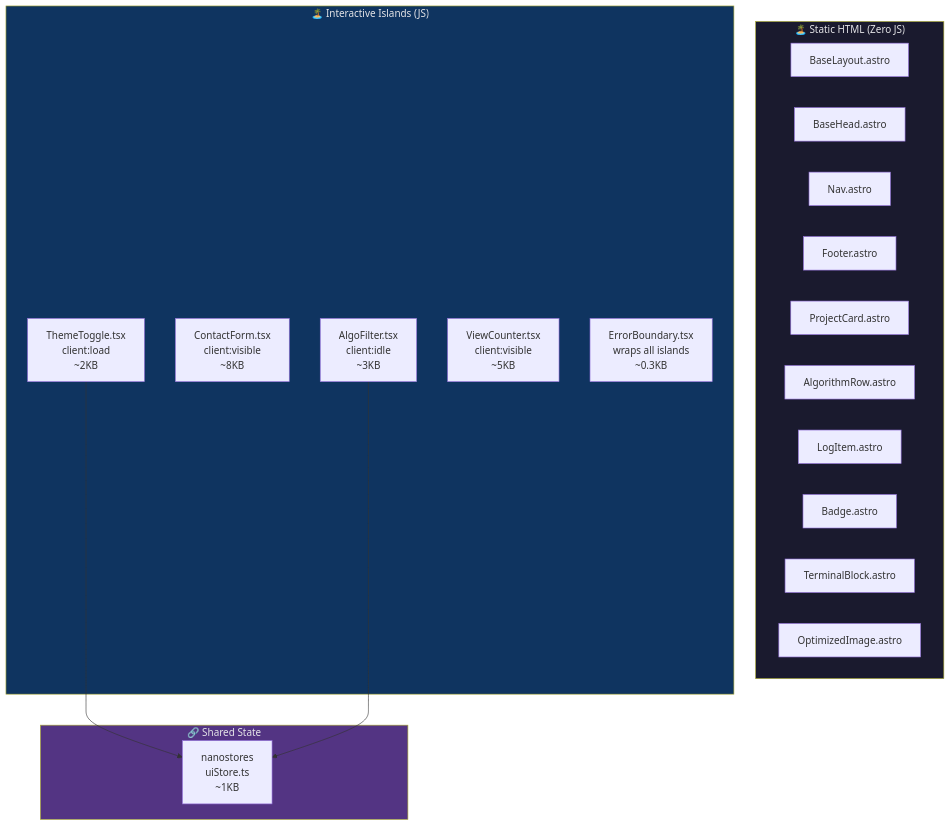
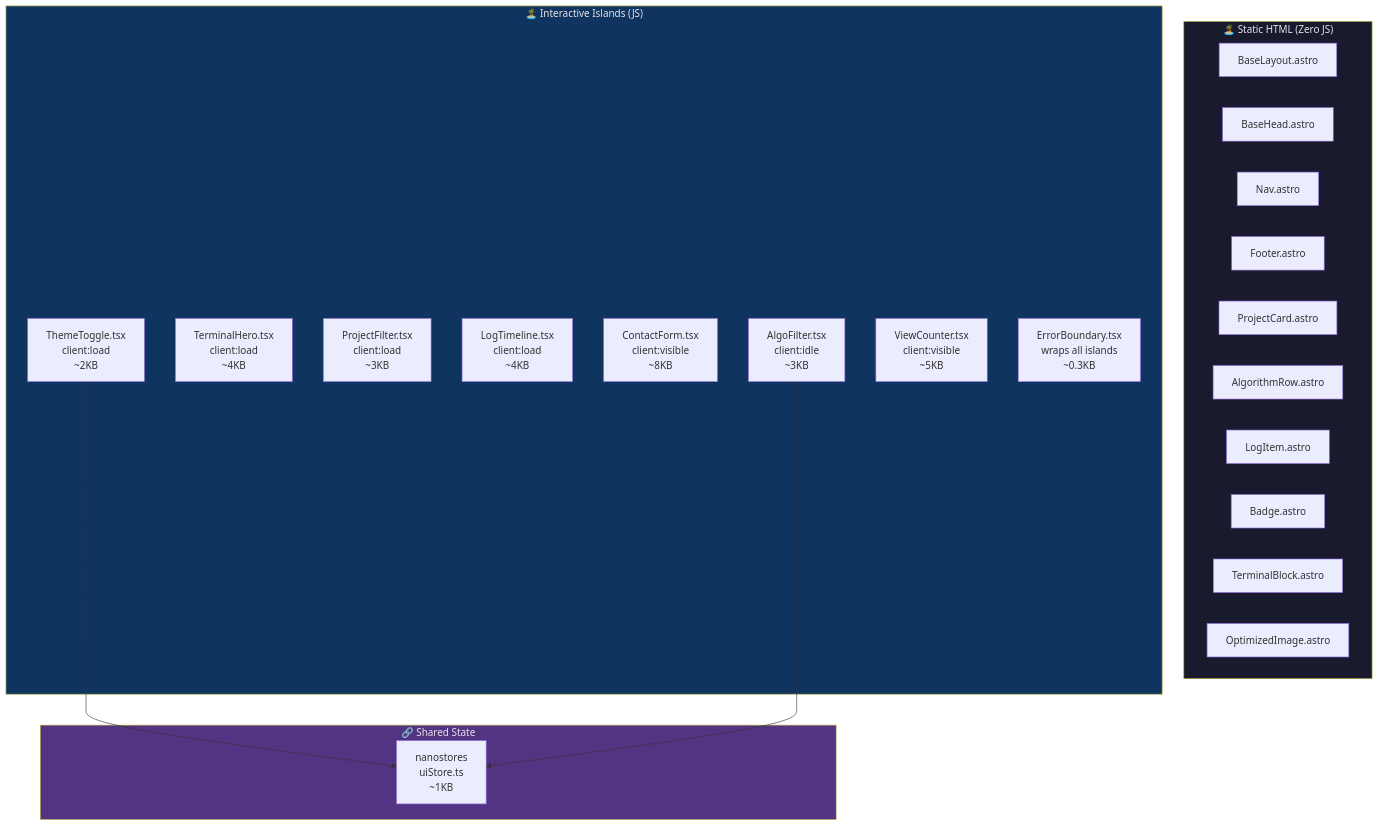
One commit to Sharmaharshitnone/portfolio changed the diagram in architecture/HLD/03-island-hydration-map.md. Above: the diagram before and after it, drawn with Mermaid. The commit also changed other lines of this file and 28 other files, not shown here.

````diff
--- a/architecture/HLD/03-island-hydration-map.md
+++ b/architecture/HLD/03-island-hydration-map.md
@@ -5,34 +5,37 @@
 ```mermaid
 graph TD
     subgraph Static ["🏝️ Static HTML (Zero JS)"]
         BL[BaseLayout.astro]
         BH[BaseHead.astro]
         NAV[Nav.astro]
         FT[Footer.astro]
         PC[ProjectCard.astro]
         AR[AlgorithmRow.astro]
         LI[LogItem.astro]
         BG[Badge.astro]
         TB[TerminalBlock.astro]
         OI[OptimizedImage.astro]
     end
 
     subgraph Islands ["🏝️ Interactive Islands (JS)"]
         TT["ThemeToggle.tsx<br/>client:load<br/>~2KB"]
+        TH["TerminalHero.tsx<br/>client:load<br/>~4KB"]
+        PF["ProjectFilter.tsx<br/>client:load<br/>~3KB"]
+        LT["LogTimeline.tsx<br/>client:load<br/>~4KB"]
         CF["ContactForm.tsx<br/>client:visible<br/>~8KB"]
         AF["AlgoFilter.tsx<br/>client:idle<br/>~3KB"]
         VC["ViewCounter.tsx<br/>client:visible<br/>~5KB"]
         EB["ErrorBoundary.tsx<br/>wraps all islands<br/>~0.3KB"]
     end
 
     subgraph State ["🔗 Shared State"]
         NS["nanostores<br/>uiStore.ts<br/>~1KB"]
     end
 
     TT --> NS
     AF --> NS
 
     style Static fill:#1a1a2e,color:#e4e4e7
     style Islands fill:#0f3460,color:#e4e4e7
     style State fill:#533483,color:#e4e4e7
 ```
````
